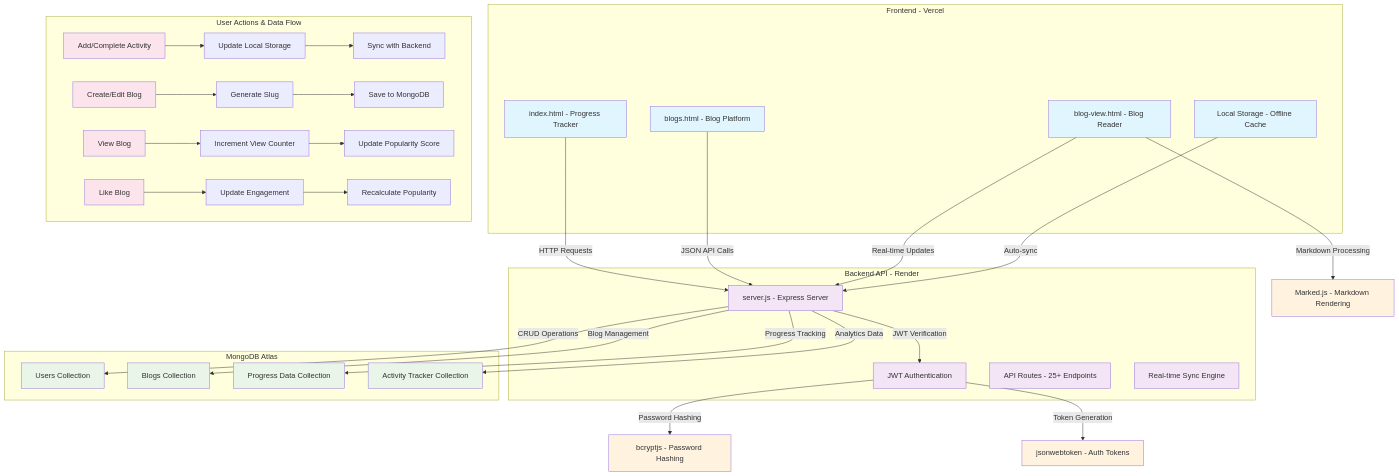
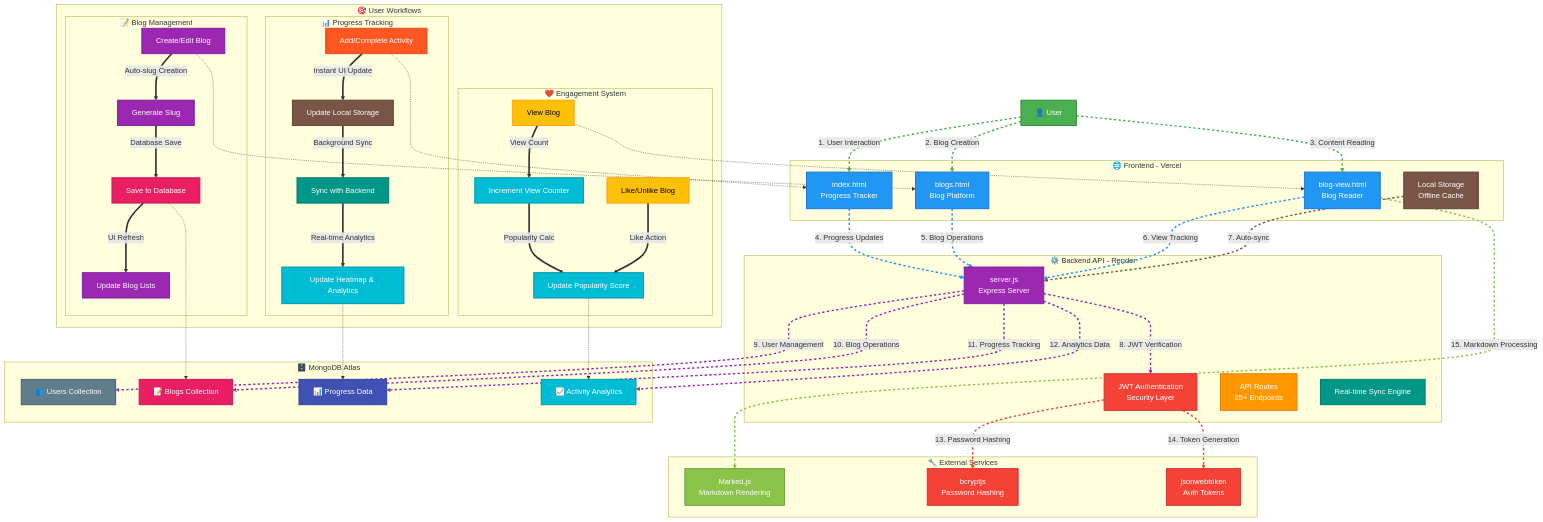
The diagram in README.md (anupam6335/Focus-Flow), drawn with Mermaid before and after one commit. The commit also changed other lines of this file, not shown here.

````diff
--- a/README.md
+++ b/README.md
@@ -68,68 +86,136 @@
 ```mermaid
-graph TB
-    %% Frontend Components
-    subgraph Frontend [Frontend - Vercel]
-        A[index.html - Progress Tracker]
-        B[blogs.html - Blog Platform]
-        C[blog-view.html - Blog Reader]
-        D[Local Storage - Offline Cache]
+flowchart TB
+    %% ========== USERS ==========
+    User[👤 User]:::user
+    
+    %% ========== FRONTEND COMPONENTS ==========
+    subgraph Frontend[🌐 Frontend - Vercel]
+        A[index.html<br/>Progress Tracker]:::frontend
+        B[blogs.html<br/>Blog Platform]:::frontend
+        C[blog-view.html<br/>Blog Reader]:::frontend
+        D[Local Storage<br/>Offline Cache]:::storage
     end
+    
+    %% ========== BACKEND API ==========
+    subgraph Backend[⚙️ Backend API - Render]
+        E[server.js<br/>Express Server]:::backend
+        F[JWT Authentication<br/>Security Layer]:::security
+        G[API Routes<br/>25+ Endpoints]:::api
+        H[Real-time Sync Engine]:::sync
+    end
+    
+    %% ========== DATABASE COLLECTIONS ==========
+    subgraph Database[🗄️ MongoDB Atlas]
+        I[👥 Users Collection]:::dbUsers
+        J[📝 Blogs Collection]:::dbBlogs
+        K[📊 Progress Data]:::dbProgress
+        L[📈 Activity Analytics]:::dbAnalytics
+    end
+    
+    %% ========== EXTERNAL SERVICES ==========
+    subgraph Services[🔧 External Services]
+        M[Marked.js<br/>Markdown Rendering]:::markdown
+        N[bcryptjs<br/>Password Hashing]:::security
+        O[jsonwebtoken<br/>Auth Tokens]:::security
+    end
+    
+    %% ========== USER WORKFLOWS ==========
+    subgraph Workflows[🎯 User Workflows]
+        %% Progress Tracking Flow
+        subgraph ProgressFlow[📊 Progress Tracking]
+            P1[Add/Complete Activity]:::progress
+            P2[Update Local Storage]:::storage
+            P3[Sync with Backend]:::sync
+            P4[Update Heatmap & Analytics]:::analytics
+        end
+        
+        %% Blog Management Flow
+        subgraph BlogFlow[📝 Blog Management]
+            B1[Create/Edit Blog]:::blog
+            B2[Generate Slug]:::blog
+            B3[Save to Database]:::dbBlogs
+            B4[Update Blog Lists]:::blog
+        end
+        
+        %% Engagement Flow
+        subgraph EngagementFlow[❤️ Engagement System]
+            E1[View Blog]:::engagement
+            E2[Increment View Counter]:::analytics
+            E3[Like/Unlike Blog]:::engagement
+            E4[Update Popularity Score]:::analytics
+        end
+    end
+    
+    %% ========== DATA FLOW CONNECTIONS ==========
+    %% User to Frontend
+    User -.->|1. User Interaction| A
+    User -.->|2. Blog Creation| B
+    User -.->|3. Content Reading| C
+    
+    %% Frontend to Backend
+    A -.->|4. Progress Updates| E
+    B -.->|5. Blog Operations| E
+    C -.->|6. View Tracking| E
+    D -.->|7. Auto-sync| E
+    
+    %% Backend to Database
+    E -.->|8. JWT Verification| F
+    E -.->|9. User Management| I
+    E -.->|10. Blog Operations| J
+    E -.->|11. Progress Tracking| K
+    E -.->|12. Analytics Data| L
+    
+    %% Backend to Services
+    F -.->|13. Password Hashing| N
+    F -.->|14. Token Generation| O
+    C -.->|15. Markdown Processing| M
+    
+    %% Workflow Connections
+    P1 ==>|Instant UI Update| P2 ==>|Background Sync| P3 ==>|Real-time Analytics| P4
+    B1 ==>|Auto-slug Creation| B2 ==>|Database Save| B3 ==>|UI Refresh| B4
+    E1 ==>|View Count| E2 ==>|Popularity Calc| E4
+    E3 ==>|Like Action| E4
+    
+    %% Connect Workflows to Main System
+    P1 -.-> A
+    P4 -.-> K
+    B1 -.-> B
+    B3 -.-> J
+    E1 -.-> C
+    E4 -.-> L
+    
+    %% ========== STYLING ==========
+    classDef user fill:#4CAF50,color:white,stroke:#388E3C,stroke-width:2px
+    classDef frontend fill:#2196F3,color:white,stroke:#1976D2,stroke-width:2px
+    classDef backend fill:#9C27B0,color:white,stroke:#7B1FA2,stroke-width:2px
+    classDef security fill:#F44336,color:white,stroke:#D32F2F,stroke-width:2px
+    classDef api fill:#FF9800,color:white,stroke:#F57C00,stroke-width:2px
+    classDef sync fill:#009688,color:white,stroke:#00796B,stroke-width:2px
+    classDef storage fill:#795548,color:white,stroke:#5D4037,stroke-width:2px
+    classDef dbUsers fill:#607D8B,color:white,stroke:#455A64,stroke-width:2px
+    classDef dbBlogs fill:#E91E63,color:white,stroke:#C2185B,stroke-width:2px
+    classDef dbProgress fill:#3F51B5,color:white,stroke:#303F9F,stroke-width:2px
+    classDef dbAnalytics fill:#00BCD4,color:white,stroke:#0097A7,stroke-width:2px
+    classDef markdown fill:#8BC34A,color:white,stroke:#689F38,stroke-width:2px
+    classDef progress fill:#FF5722,color:white,stroke:#E64A19,stroke-width:2px
+    classDef blog fill:#9C27B0,color:white,stroke:#7B1FA2,stroke-width:2px
+    classDef engagement fill:#FFC107,color:black,stroke:#FFA000,stroke-width:2px
+    classDef analytics fill:#00BCD4,color:white,stroke:#0097A7,stroke-width:2px
 
-    %% Backend Components
-    subgraph Backend [Backend API - Render]
-        E[server.js - Express Server]
-        F[JWT Authentication]
-        G[API Routes - 25+ Endpoints]
-        H[Real-time Sync Engine]
-    end
-
-    %% Database
-    subgraph Database [MongoDB Atlas]
-        I[Users Collection]
-        J[Blogs Collection]
-        K[Progress Data Collection]
-        L[Activity Tracker Collection]
-    end
-
-    %% External Services
-    M[Marked.js - Markdown Rendering]
-    N[bcryptjs - Password Hashing]
-    O[jsonwebtoken - Auth Tokens]
-
-    %% Data Flow Connections
-    A -->|HTTP Requests| E
-    B -->|JSON API Calls| E
-    C -->|Real-time Updates| E
-    D -->|Auto-sync| E
-    
-    E -->|JWT Verification| F
-    E -->|CRUD Operations| I
-    E -->|Blog Management| J
-    E -->|Progress Tracking| K
-    E -->|Analytics Data| L
-    
-    F -->|Password Hashing| N
-    F -->|Token Generation| O
-    C -->|Markdown Processing| M
-
-    %% User Actions
-    subgraph UserActions [User Actions & Data Flow]
-        P[Add/Complete Activity] --> Q[Update Local Storage] --> R[Sync with Backend]
-        S[Create/Edit Blog] --> T[Generate Slug] --> U[Save to MongoDB]
-        V[View Blog] --> W[Increment View Counter] --> X[Update Popularity Score]
-        Y[Like Blog] --> Z[Update Engagement] --> AA[Recalculate Popularity]
-    end
-
-    %% Style for better visualization
-    classDef frontend fill:#e1f5fe
-    classDef backend fill:#f3e5f5
-    classDef database fill:#e8f5e8
-    classDef services fill:#fff3e0
-    classDef actions fill:#fce4ec
-    
-    class A,B,C,D frontend
-    class E,F,G,H backend
-    class I,J,K,L database
-    class M,N,O services
-    class P,S,V,Y actions
+    %% Animation styles
+    linkStyle 0 stroke:#4CAF50,stroke-width:3px,stroke-dasharray:5 5
+    linkStyle 1 stroke:#4CAF50,stroke-width:3px,stroke-dasharray:5 5
+    linkStyle 2 stroke:#4CAF50,stroke-width:3px,stroke-dasharray:5 5
+    linkStyle 3 stroke:#2196F3,stroke-width:3px,stroke-dasharray:5 5
+    linkStyle 4 stroke:#2196F3,stroke-width:3px,stroke-dasharray:5 5
+    linkStyle 5 stroke:#2196F3,stroke-width:3px,stroke-dasharray:5 5
+    linkStyle 6 stroke:#795548,stroke-width:3px,stroke-dasharray:5 5
+    linkStyle 7 stroke:#9C27B0,stroke-width:3px,stroke-dasharray:5 5
+    linkStyle 8 stroke:#9C27B0,stroke-width:3px,stroke-dasharray:5 5
+    linkStyle 9 stroke:#9C27B0,stroke-width:3px,stroke-dasharray:5 5
+    linkStyle 10 stroke:#9C27B0,stroke-width:3px,stroke-dasharray:5 5
+    linkStyle 11 stroke:#9C27B0,stroke-width:3px,stroke-dasharray:5 5
+    linkStyle 12 stroke:#F44336,stroke-width:3px,stroke-dasharray:5 5
+    linkStyle 13 stroke:#F44336,stroke-width:3px,stroke-dasharray:5 5
+    linkStyle 14 stroke:#8BC34A,stroke-width:3px,stroke-dasharray:5 5
 ```
````
